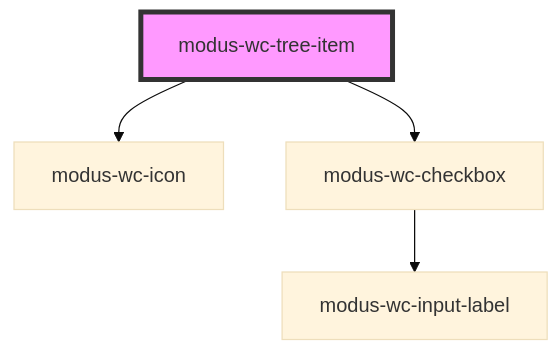
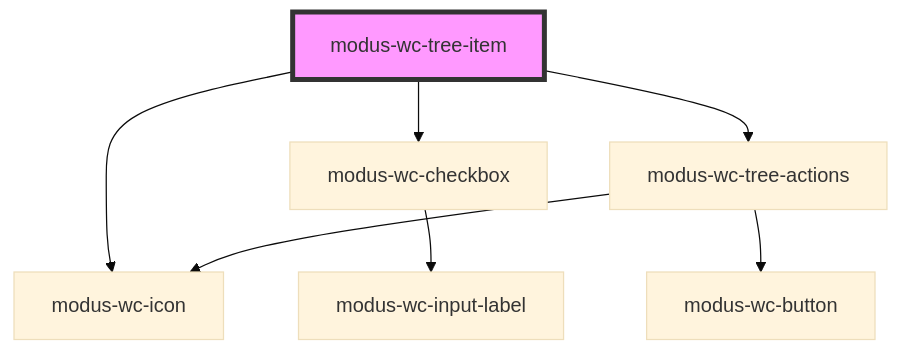
Before and after one commit to trimble-oss/modus-wc-2.0: the diagram in src/components/modus-wc-content-tree/modus-wc-tree-item/readme.md, drawn with Mermaid (base theme). The commit also changed other lines of this file and 11 other files, not shown here.

````diff
--- a/src/components/modus-wc-content-tree/modus-wc-tree-item/readme.md
+++ b/src/components/modus-wc-content-tree/modus-wc-tree-item/readme.md
@@ -41,7 +67,10 @@
 ```mermaid
 graph TD;
   modus-wc-tree-item --> modus-wc-icon
   modus-wc-tree-item --> modus-wc-checkbox
+  modus-wc-tree-item --> modus-wc-tree-actions
   modus-wc-checkbox --> modus-wc-input-label
+  modus-wc-tree-actions --> modus-wc-button
+  modus-wc-tree-actions --> modus-wc-icon
   style modus-wc-tree-item fill:#f9f,stroke:#333,stroke-width:4px
 ```
````
